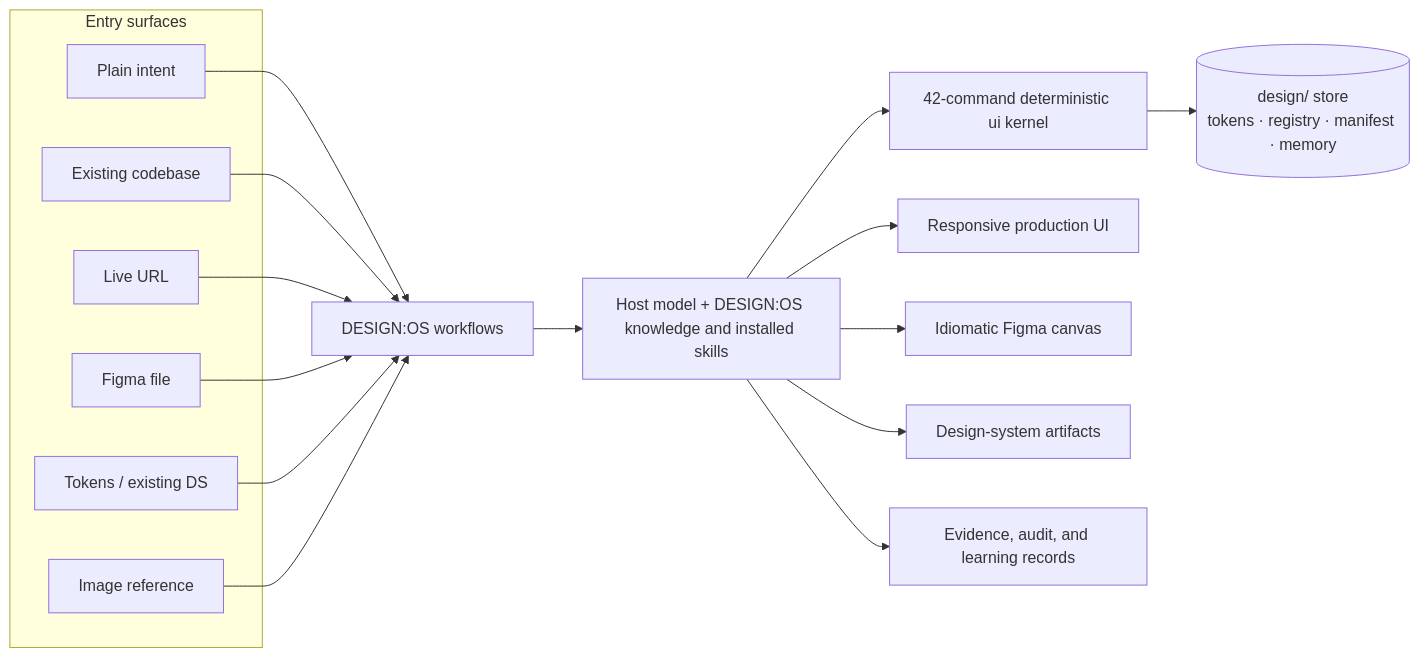
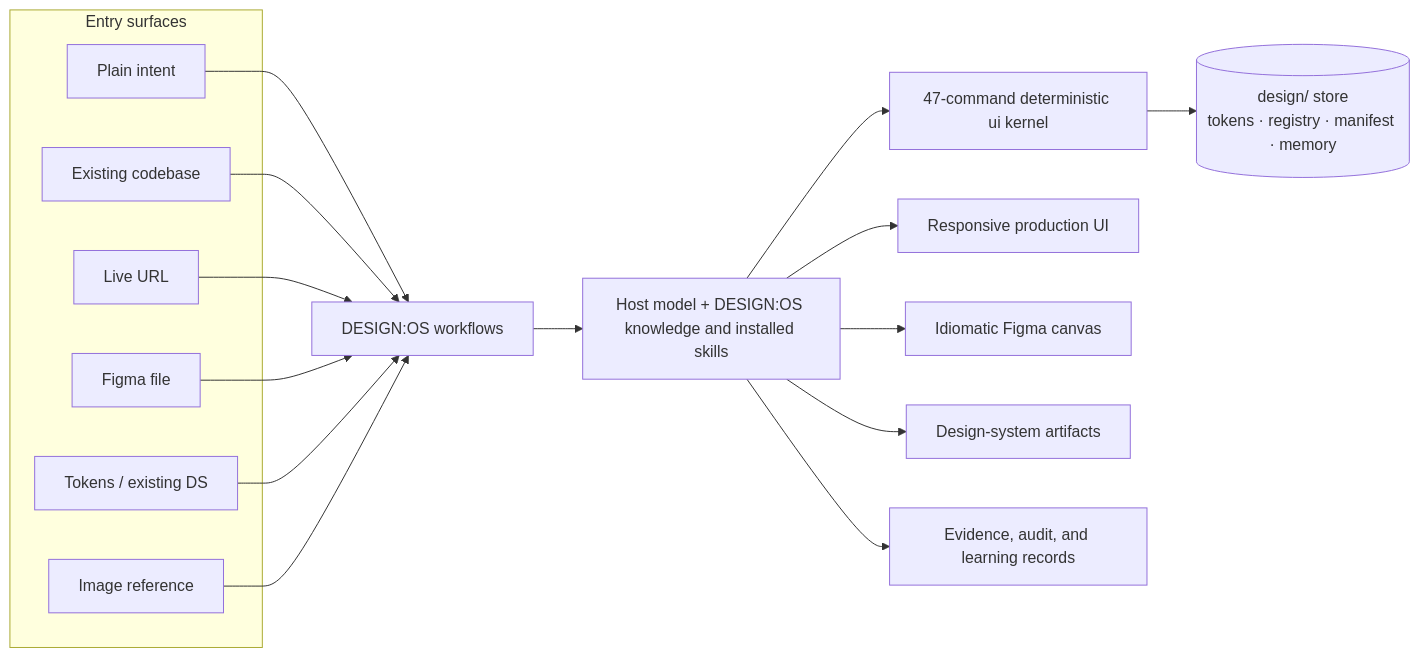
The second of 2 diagrams in README.md (jangtrinh/design-os), drawn with Mermaid before and after one commit. The commit also changed other lines of this file and 28 other files, not shown here.

````diff
--- a/README.md
+++ b/README.md
@@ -816,24 +839,24 @@
 ```mermaid
 flowchart LR
     subgraph IN["Entry surfaces"]
       E1["Plain intent"]
       E2["Existing codebase"]
       E3["Live URL"]
       E4["Figma file"]
       E5["Tokens / existing DS"]
       E6["Image reference"]
     end
     E1 --> W["DESIGN:OS workflows"]
     E2 --> W
     E3 --> W
     E4 --> W
     E5 --> W
     E6 --> W
     W --> H["Host model + DESIGN:OS knowledge and installed skills"]
-    H --> K["42-command deterministic ui kernel"]
+    H --> K["47-command deterministic ui kernel"]
     H --> O1["Responsive production UI"]
     H --> O2["Idiomatic Figma canvas"]
     H --> O3["Design-system artifacts"]
     H --> O4["Evidence, audit, and learning records"]
     K --> DS[("design/ store<br/>tokens · registry · manifest · memory")]
 ```
````
